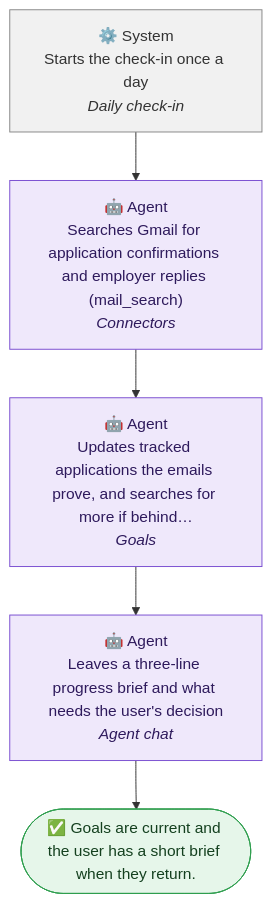
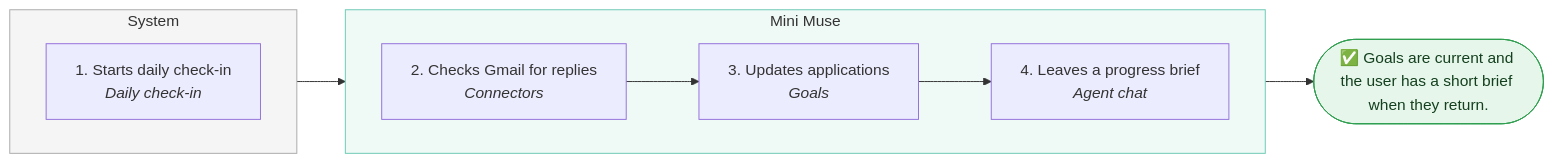
Before and after one commit to lngsa1234/mini-muse-mvp: the third of 6 diagrams in docs/product/baseline.md, drawn with Mermaid. The commit also changed other lines of this file and 1 other file, not shown here.

First line of the commit message:
docs: journeys as swimlanes in the product baseline (AgentForge plugin 0.4.2)

````diff
--- a/docs/product/baseline.md
+++ b/docs/product/baseline.md
@@ -146,22 +151,23 @@
 ```mermaid
-flowchart TD
-  s1["⚙️ System<br/>Starts the check-in once a day<br/><i>Daily check-in</i>"]
-  class s1 system
-  s2["🤖 Agent<br/>Searches Gmail for application confirmations and employer replies (mail_search)<br/><i>Connectors</i>"]
-  class s2 agent
+flowchart LR
+  subgraph agent_lane["Mini Muse"]
+    direction LR
+    s2["2. Checks Gmail for replies<br/><i>Connectors</i>"]
+    s3["3. Updates applications<br/><i>Goals</i>"]
+    s4["4. Leaves a progress brief<br/><i>Agent chat</i>"]
+  end
+  subgraph system_lane["System"]
+    direction LR
+    s1["1. Starts daily check-in<br/><i>Daily check-in</i>"]
+  end
   s1 --> s2
-  s3["🤖 Agent<br/>Updates tracked applications the emails prove, and searches for more if behind…<br/><i>Goals</i>"]
-  class s3 agent
   s2 --> s3
-  s4["🤖 Agent<br/>Leaves a three-line progress brief and what needs the user's decision<br/><i>Agent chat</i>"]
-  class s4 agent
   s3 --> s4
   done(["✅ Goals are current and the user has a short brief when they return."])
   s4 --> done
-  class done outcome
-  classDef user fill:#e8f0fe,stroke:#4a6fd1,color:#1a2b5c
-  classDef agent fill:#efe8fb,stroke:#7a4fd1,color:#2e1a5c
-  classDef system fill:#f1f1f1,stroke:#888,color:#333
   classDef approval fill:#fff4e0,stroke:#d18a1f,color:#5c3a00
   classDef outcome fill:#e6f6ea,stroke:#2f9e4f,color:#14401f
+  style agent_lane fill:#effaf7,stroke:#6cc9b4
+  style system_lane fill:#f5f5f5,stroke:#aaa
+  class done outcome
 ```
````
